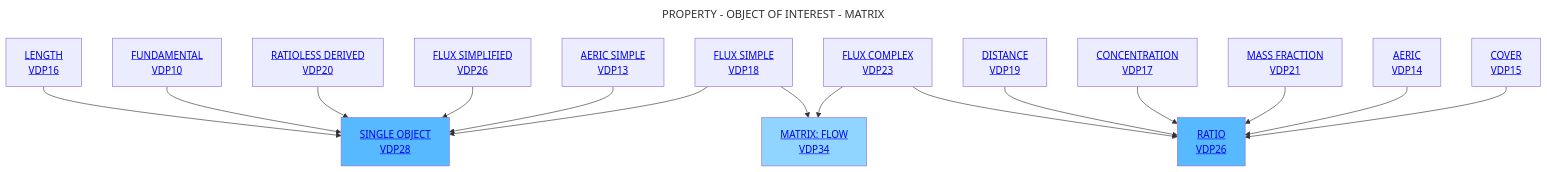
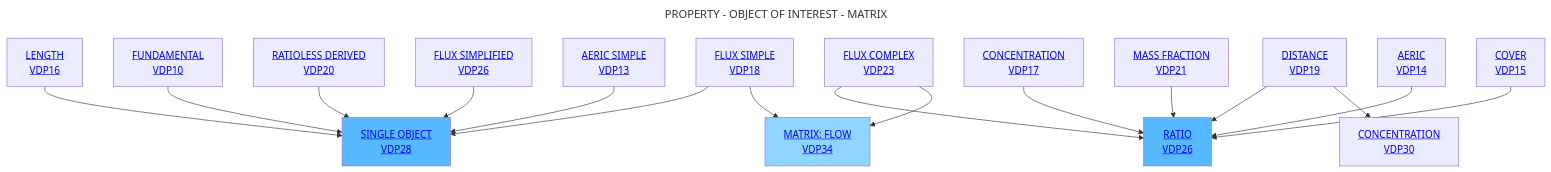
One commit to mabablue/I-ADOPT-patterns-playground changed the diagram in Decisition_trees/DT6.mmd. Above: the diagram before and after it, drawn with Mermaid.

```diff
--- a/Decisition_trees/DT6.mmd
+++ b/Decisition_trees/DT6.mmd
@@ -1,21 +1,22 @@
 ---
 title: PROPERTY - OBJECT OF INTEREST - MATRIX
 ---
 flowchart TD
     A[<a href='https://github.com/mabablue/I-ADOPT-patterns-playground/blob/main/pattern/VDP16.yaml'>LENGTH <br> VDP16</a>] --> C[<a href='https://github.com/mabablue/I-ADOPT-patterns-playground/blob/main/pattern/VDP28.yaml'>SINGLE OBJECT <br> VDP28</a>]:::satblue
     B[<a href='https://github.com/mabablue/I-ADOPT-patterns-playground/blob/main/pattern/VDP10.yaml'>FUNDAMENTAL <br> VDP10</a>]  --> C
     D[<a href='https://github.com/mabablue/I-ADOPT-patterns-playground/blob/main/pattern/VDP20.yaml'>RATIOLESS DERIVED <br> VDP20</a>] --> C
     E[<a href='https://github.com/mabablue/I-ADOPT-patterns-playground/blob/main/pattern/VDP20.yaml'>FLUX SIMPLIFIED <br> VDP26</a>] --> C
     H[<a href='https://github.com/mabablue/I-ADOPT-patterns-playground/blob/main/pattern/VDP13.yaml'>AERIC SIMPLE <br> VDP13</a>] --> C
     I[<a href='https://github.com/mabablue/I-ADOPT-patterns-playground/blob/main/pattern/VDP23.yaml'>FLUX COMPLEX <br> VDP23</a>] --> F  
     G[<a href='https://github.com/mabablue/I-ADOPT-patterns-playground/blob/main/pattern/VDP23.yaml'>DISTANCE <br> VDP19</a>] --> F 
+    G --> R[<a href='https://github.com/mabablue/I-ADOPT-patterns-playground/blob/main/pattern/VDP30.yaml'>CONCENTRATION <br> VDP30</a>]
     M[<a href='https://github.com/mabablue/I-ADOPT-patterns-playground/blob/main/pattern/VDP17.yaml'>CONCENTRATION <br> VDP17</a>] --> F
     L[<a href='https://github.com/mabablue/I-ADOPT-patterns-playground/blob/main/pattern/VDP21.yaml'>MASS FRACTION <br> VDP21</a>] --> F[<a href='https://github.com/mabablue/I-ADOPT-patterns-playground/blob/main/pattern/VDP26.yaml'>RATIO <br> VDP26</a>]:::satblue
     Q[<a href='https://github.com/mabablue/I-ADOPT-patterns-playground/blob/main/pattern/VDP18.yaml'>FLUX SIMPLE <br> VDP18</a>] --> C
     O[<a href='https://github.com/mabablue/I-ADOPT-patterns-playground/blob/main/pattern/VDP14.yaml'>AERIC <br> VDP14</a>] --> F
     P[<a href='https://github.com/mabablue/I-ADOPT-patterns-playground/blob/main/pattern/VDP15.yaml'>COVER <br> VDP15</a>] --> F
     Q --> K[<a href='https://github.com/mabablue/I-ADOPT-patterns-playground/blob/main/pattern/VDP34.yaml'>MATRIX: FLOW <br> VDP34</a>]:::blue
     I --> K
 
    classDef blue fill:#90D5FF
    classDef satblue fill:#57B9FF
```
